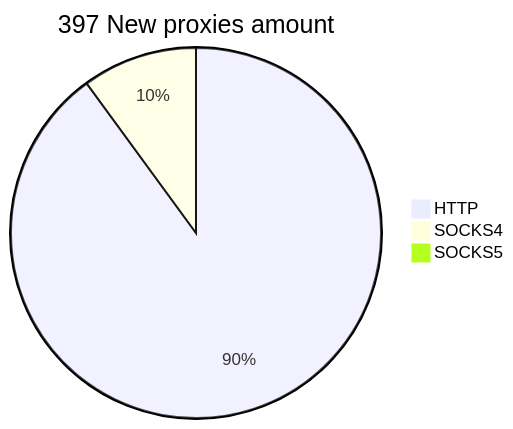
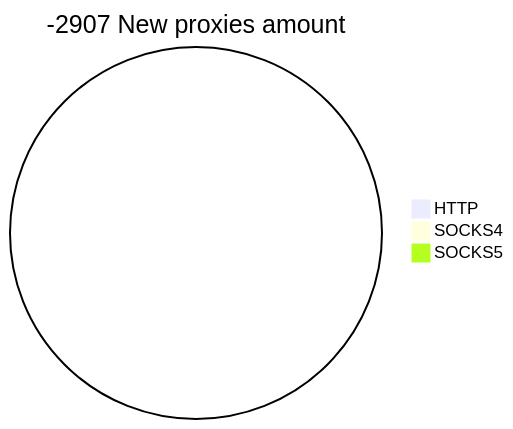
One commit to cutipu/proxylist changed the second of 2 diagrams in README.md. Above: the diagram before and after it, drawn with Mermaid. The commit also changed other lines of this file, not shown here.

````diff
--- a/README.md
+++ b/README.md
@@ -10,6 +10,6 @@
 ```mermaid
-pie title 397 New proxies amount
-    "HTTP" : 394
-    "SOCKS4" : 44
+pie title -2907 New proxies amount
+    "HTTP" : 0
+    "SOCKS4" : 0
     "SOCKS5" : 0
 ```
````
